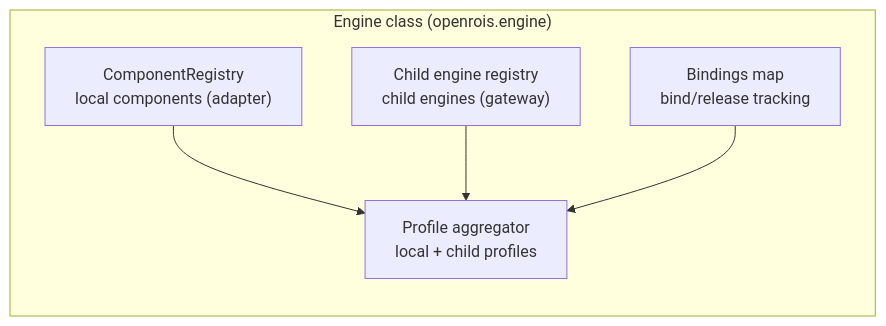
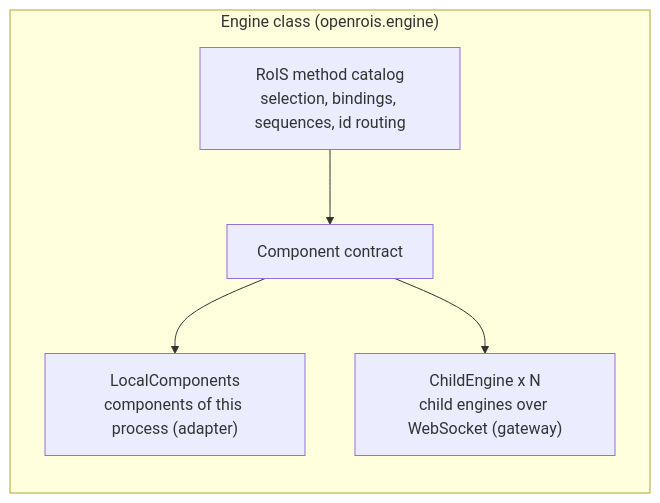
Before and after one commit to openrois/openrois: the third of 18 diagrams in docs/white-paper.md, drawn with Mermaid. The commit also changed other lines of this file and 167 other files, not shown here.

First line of the commit message:
feat!: run the engine, the components and the adapters on the RoIS method catalog (#29)

````diff
--- a/docs/white-paper.md
+++ b/docs/white-paper.md
@@ -300,13 +314,13 @@
 ```mermaid
 flowchart TB
     subgraph Engine["Engine class (openrois.engine)"]
         direction TB
-        CR["ComponentRegistry<br/>local components (adapter)"]
-        SR["Child engine registry<br/>child engines (gateway)"]
-        Bind["Bindings map<br/>bind/release tracking"]
-        Profile["Profile aggregator<br/>local + child profiles"]
-        CR --> Profile
-        SR --> Profile
-        Bind --> Profile
+        Catalog["RoIS method catalog<br/>selection, bindings, sequences, id routing"]
+        Contract["Component contract"]
+        Local["LocalComponents<br/>components of this process (adapter)"]
+        Child["ChildEngine x N<br/>child engines over WebSocket (gateway)"]
+        Catalog --> Contract
+        Contract --> Local
+        Contract --> Child
     end
 ```
````
